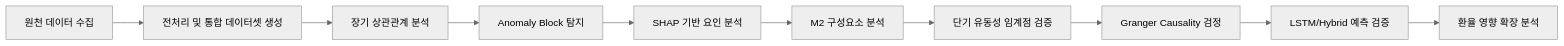
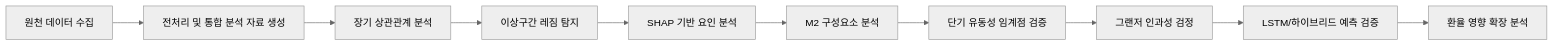
The diagram in reports/capstone_report_draft.md (fullsack73/exchange_research), drawn with Mermaid (neutral theme) before and after one commit. The commit also changed other lines of this file and 1 other file, not shown here.

````diff
--- a/reports/capstone_report_draft.md
+++ b/reports/capstone_report_draft.md
@@ -191,12 +191,12 @@
 ```mermaid
 flowchart LR
-    A[원천 데이터 수집] --> B[전처리 및 통합 데이터셋 생성]
+    A[원천 데이터 수집] --> B[전처리 및 통합 분석 자료 생성]
     B --> C[장기 상관관계 분석]
-    C --> D[Anomaly Block 탐지]
+    C --> D[이상구간 레짐 탐지]
     D --> E[SHAP 기반 요인 분석]
     E --> F[M2 구성요소 분석]
     F --> G[단기 유동성 임계점 검증]
-    G --> H[Granger Causality 검정]
-    H --> I[LSTM/Hybrid 예측 검증]
+    G --> H[그랜저 인과성 검정]
+    H --> I[LSTM/하이브리드 예측 검증]
     I --> J[환율 영향 확장 분석]
 ```
````
